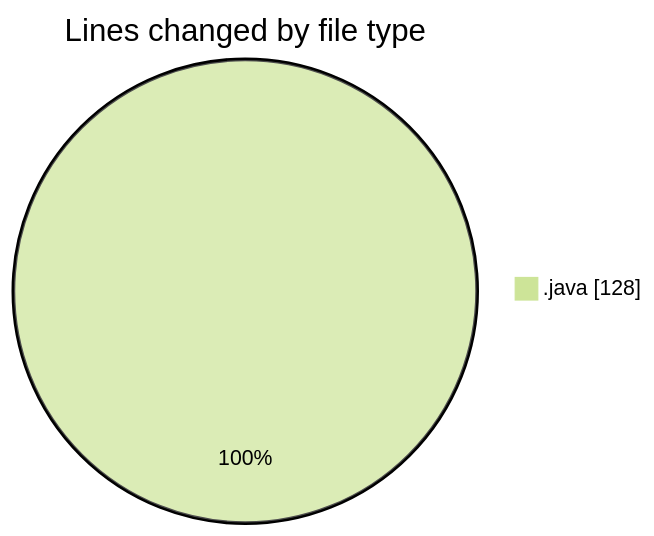
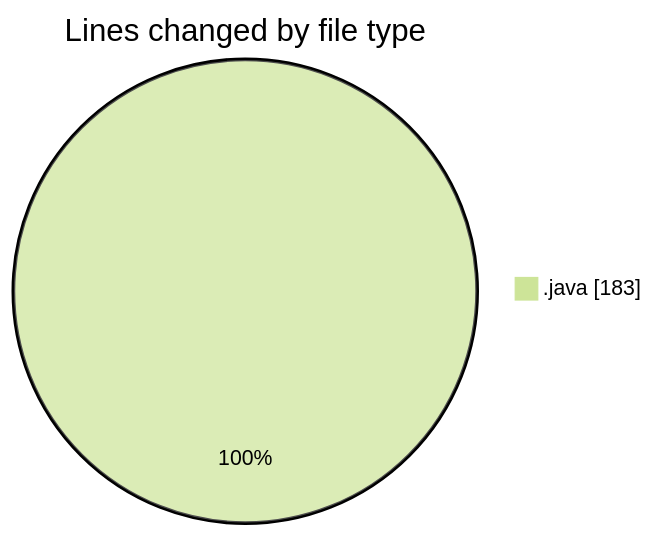
One commit to NitaiMahat/code-tracking changed the first of 2 diagrams in 2025-03-11/inventor/README.md. Above: the diagram before and after it, drawn with Mermaid (forest theme). The commit also changed other lines of this file and 1 other file, not shown here.

````diff
--- a/2025-03-11/inventor/README.md
+++ b/2025-03-11/inventor/README.md
@@ -22,5 +23,5 @@
 ```mermaid
 pie showData
 title Lines changed by file type
-".java" : 128
+".java" : 183
 ```
````
